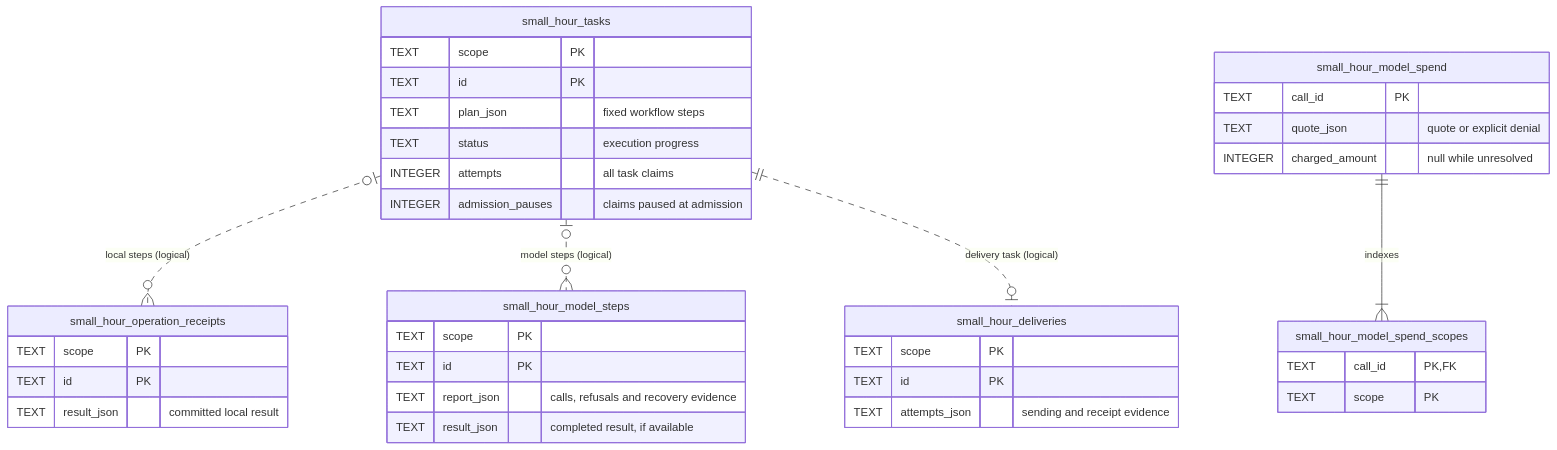
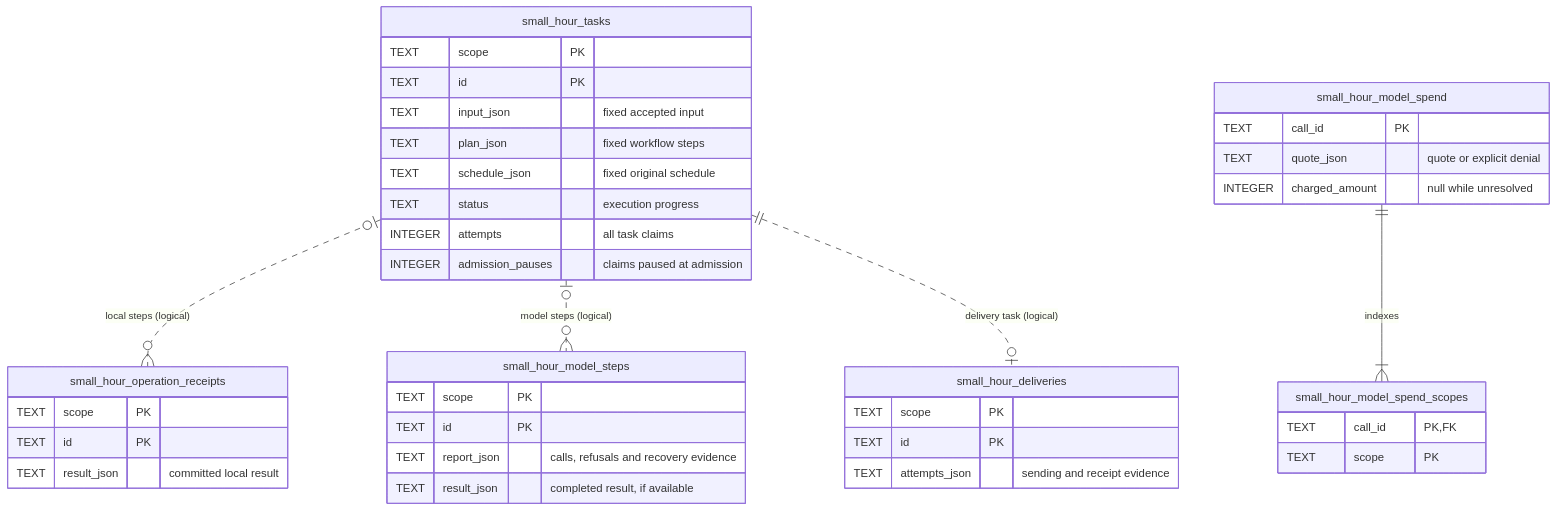
Before and after one commit to jingyufanclub/small-hour: the diagram in docs/storage-schema.md, drawn with Mermaid. The commit also changed other lines of this file and 8 other files, not shown here.

````diff
--- a/docs/storage-schema.md
+++ b/docs/storage-schema.md
@@ -11,42 +13,44 @@
 ```mermaid
 erDiagram
     accTitle: Small Hour's saved records
-    accDescr: Tasks may have local receipts, model steps, or delivery evidence. Each spending call has budget memberships that reference its single charge. Only that membership relationship is a database foreign key.
+    accDescr: Tasks link to local receipts, model steps or delivery evidence. Spending memberships reference a single charge through a SQL foreign key.
     small_hour_tasks |o..o{ small_hour_operation_receipts : "local steps (logical)"
     small_hour_tasks |o..o{ small_hour_model_steps : "model steps (logical)"
     small_hour_tasks ||..o| small_hour_deliveries : "delivery task (logical)"
     small_hour_model_spend ||--|{ small_hour_model_spend_scopes : indexes
     small_hour_tasks {
         TEXT scope PK
         TEXT id PK
+        TEXT input_json "fixed accepted input"
         TEXT plan_json "fixed workflow steps"
+        TEXT schedule_json "fixed original schedule"
         TEXT status "execution progress"
         INTEGER attempts "all task claims"
         INTEGER admission_pauses "claims paused at admission"
     }
     small_hour_operation_receipts {
         TEXT scope PK
         TEXT id PK
         TEXT result_json "committed local result"
     }
     small_hour_model_steps {
         TEXT scope PK
         TEXT id PK
         TEXT report_json "calls, refusals and recovery evidence"
         TEXT result_json "completed result, if available"
     }
     small_hour_deliveries {
         TEXT scope PK
         TEXT id PK
         TEXT attempts_json "sending and receipt evidence"
     }
     small_hour_model_spend {
         TEXT call_id PK
         TEXT quote_json "quote or explicit denial"
         INTEGER charged_amount "null while unresolved"
     }
     small_hour_model_spend_scopes {
         TEXT call_id PK,FK
         TEXT scope PK
     }
 ```
````
